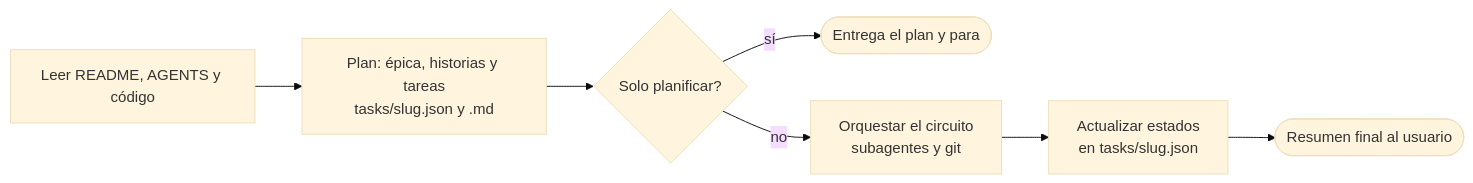
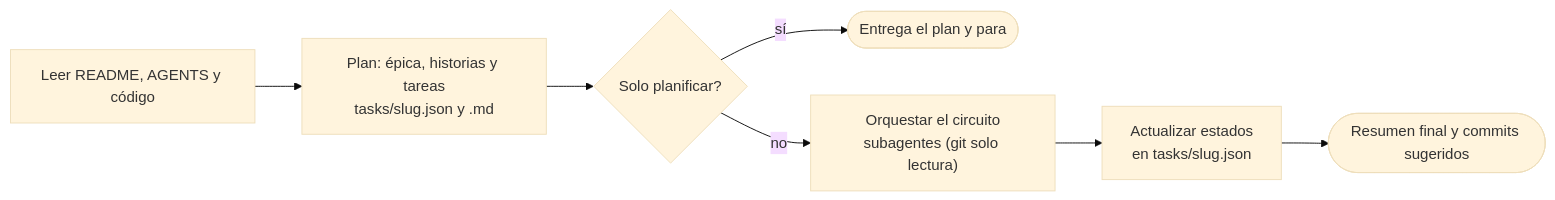
The seventh of 11 diagrams in flujo-agents.md (JordiTurell/GrangesAndreu), drawn with Mermaid (base theme) before and after one commit. The commit also changed other lines of this file and 13 other files, not shown here.

````diff
--- a/flujo-agents.md
+++ b/flujo-agents.md
@@ -161,9 +157,9 @@
 ```mermaid
 flowchart LR
     A["Leer README, AGENTS y código"] --> B["Plan: épica, historias y tareas<br/>tasks/slug.json y .md"]
     B --> C{"Solo planificar?"}
     C -->|sí| D([Entrega el plan y para])
-    C -->|no| E["Orquestar el circuito<br/>subagentes y git"]
+    C -->|no| E["Orquestar el circuito<br/>subagentes (git solo lectura)"]
     E --> F["Actualizar estados<br/>en tasks/slug.json"]
-    F --> G([Resumen final al usuario])
+    F --> G([Resumen final y commits sugeridos])
 ```
````
